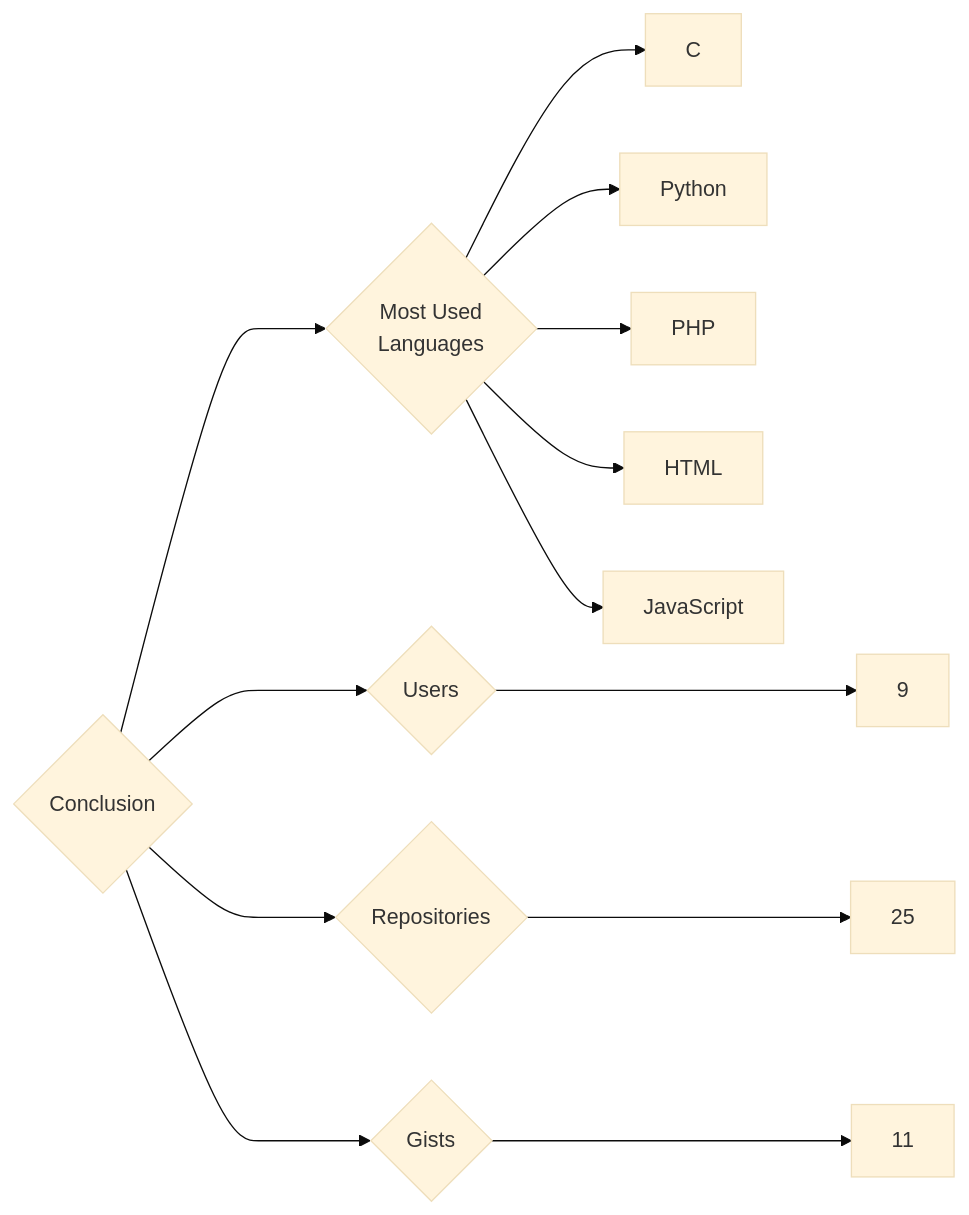
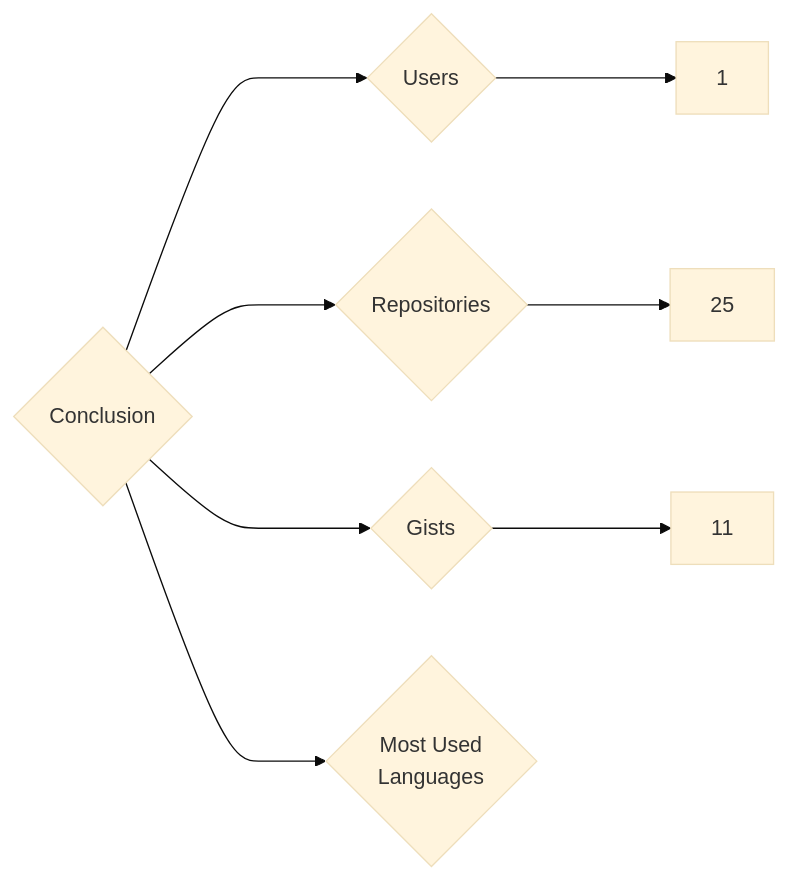
The diagram in targets/Conclusion/README.md (trickest/insiders), drawn with Mermaid (base theme) before and after one commit. The commit also changed 997 other files, not shown here.

````diff
--- a/targets/Conclusion/README.md
+++ b/targets/Conclusion/README.md
@@ -3,13 +3,8 @@
 ```mermaid
 graph LR
 COMPANY_NAME{Conclusion}
-COMPANY_NAME ---> U{Users} ---> UN[9]
+COMPANY_NAME ---> U{Users} ---> UN[1]
 COMPANY_NAME ---> R{Repositories} ---> RN[25]
 COMPANY_NAME ---> G{Gists} ---> GN[11]
 COMPANY_NAME ---> ML{Most Used<br>Languages}
-ML --> C[C]
-ML --> Python[Python]
-ML --> PHP[PHP]
-ML --> HTML[HTML]
-ML --> JavaScript[JavaScript]
 ```
````
